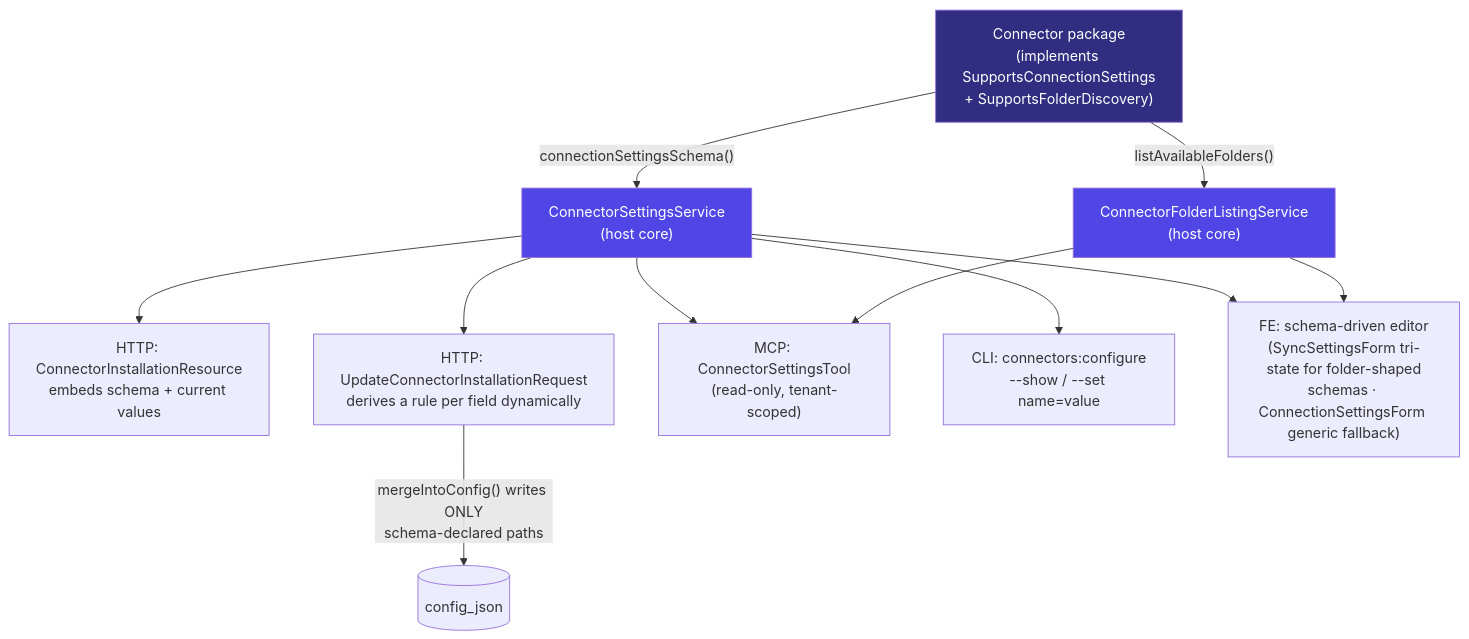
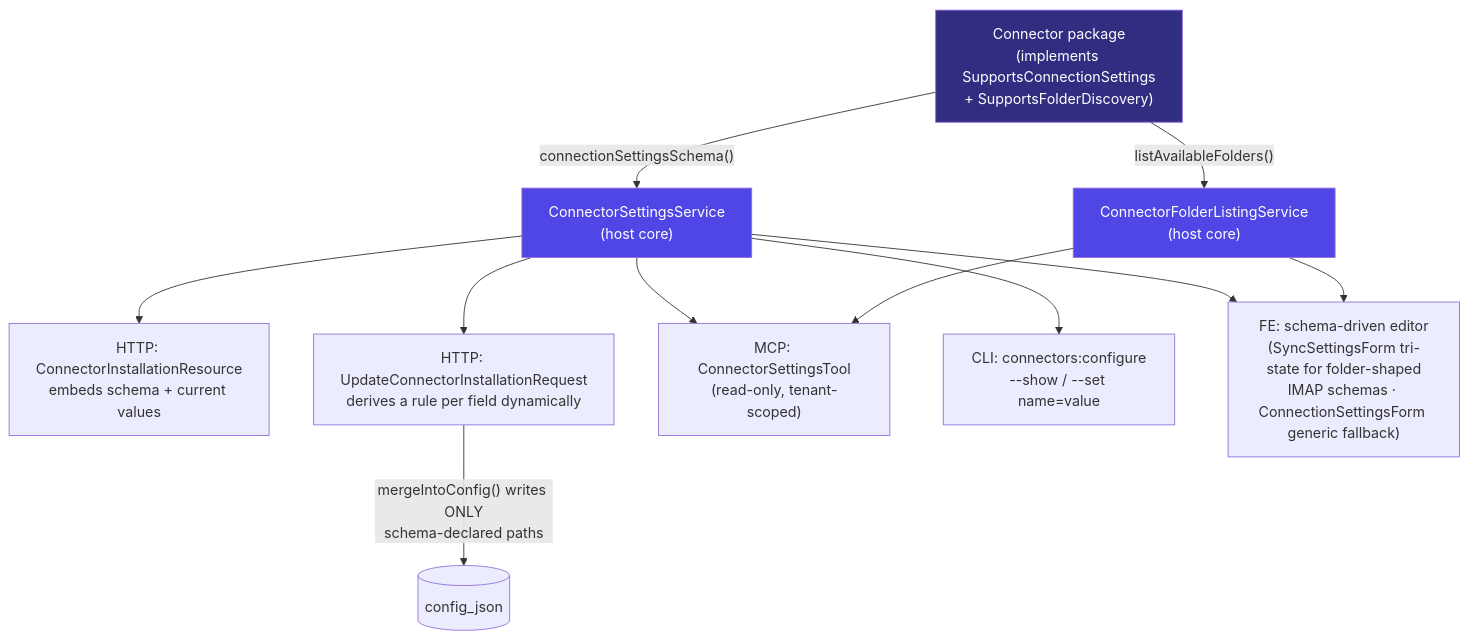
Before and after one commit to lopadova/AskMyDocs: the diagram in docs-site/connectors-sync-settings.mdx, drawn with Mermaid. The commit also changed other lines of this file and 93 other files, not shown here.

````diff
--- a/docs-site/connectors-sync-settings.mdx
+++ b/docs-site/connectors-sync-settings.mdx
@@ -47,17 +53,17 @@
 ```mermaid
 flowchart TD
     C["Connector package<br/>(implements SupportsConnectionSettings<br/>+ SupportsFolderDiscovery)"]
     C -- "connectionSettingsSchema()" --> S["ConnectorSettingsService<br/>(host core)"]
     C -- "listAvailableFolders()" --> FL["ConnectorFolderListingService<br/>(host core)"]
     S --> R["HTTP: ConnectorInstallationResource<br/>embeds schema + current values"]
     S --> V["HTTP: UpdateConnectorInstallationRequest<br/>derives a rule per field dynamically"]
     S --> M["MCP: ConnectorSettingsTool<br/>(read-only, tenant-scoped)"]
     S --> CLI["CLI: connectors:configure<br/>--show / --set name=value"]
-    S --> FORM["FE: schema-driven editor<br/>(SyncSettingsForm tri-state for folder-shaped<br/>schemas · ConnectionSettingsForm generic fallback)"]
+    S --> FORM["FE: schema-driven editor<br/>(SyncSettingsForm tri-state for folder-shaped<br/>IMAP schemas · ConnectionSettingsForm generic fallback)"]
     FL --> FORM
     FL --> M
     V -- "mergeIntoConfig() writes ONLY<br/>schema-declared paths" --> DB[("config_json")]
     style C fill:#312e81,color:#fff
     style S fill:#4f46e5,color:#fff
     style FL fill:#4f46e5,color:#fff
 ```
````
